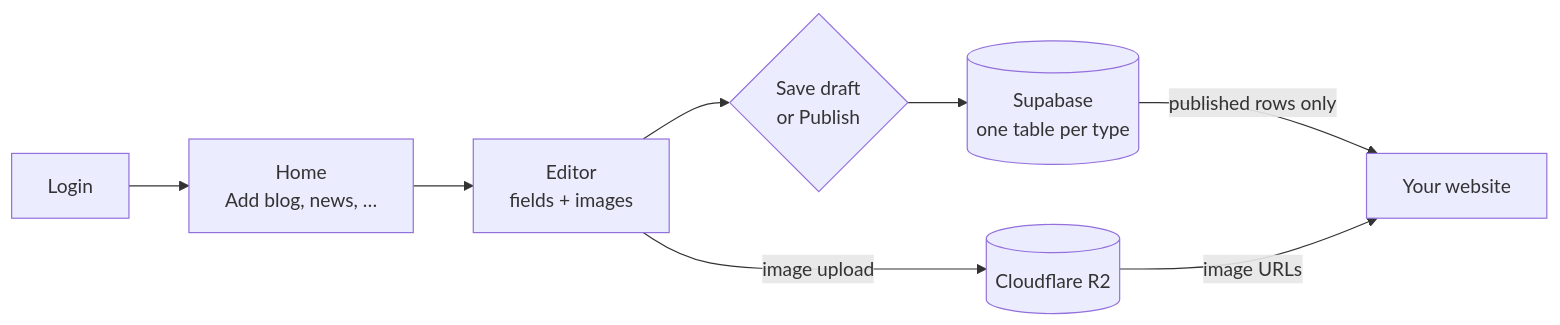
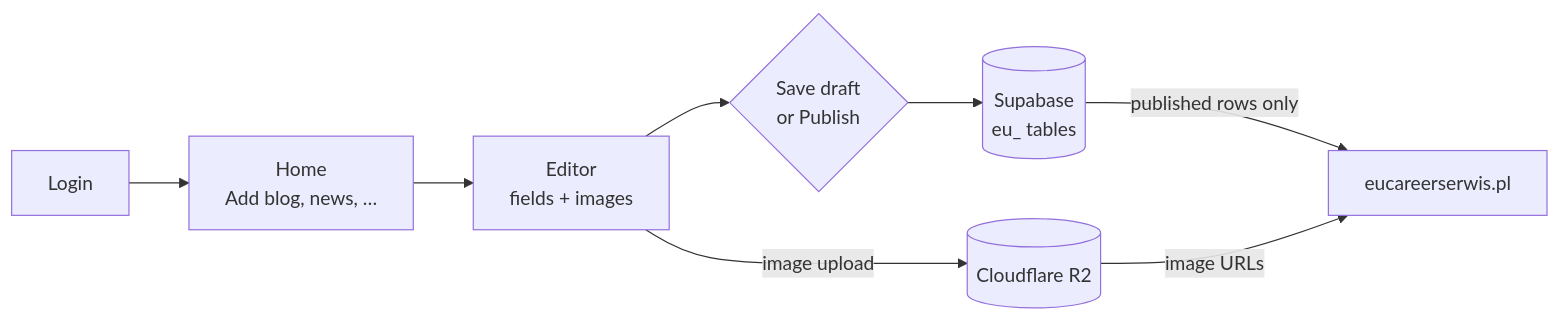
One commit to pksingh1508/cms-website changed the first of 3 diagrams in plan.md. Above: the diagram before and after it, drawn with Mermaid. The commit also changed other lines of this file and 125 other files, not shown here.

````diff
--- a/plan.md
+++ b/plan.md
@@ -53,8 +53,8 @@
 ```mermaid
 flowchart LR
   L["Login"] --> H["Home<br/>Add blog, news, …"] --> E["Editor<br/>fields + images"] --> S{"Save draft<br/>or Publish"}
-  S --> DB[("Supabase<br/>one table per type")]
+  S --> DB[("Supabase<br/>eu_ tables")]
   E -->|"image upload"| R2[("Cloudflare R2")]
-  DB -->|"published rows only"| W["Your website"]
+  DB -->|"published rows only"| W["eucareerserwis.pl"]
   R2 -->|"image URLs"| W
 ```
````
